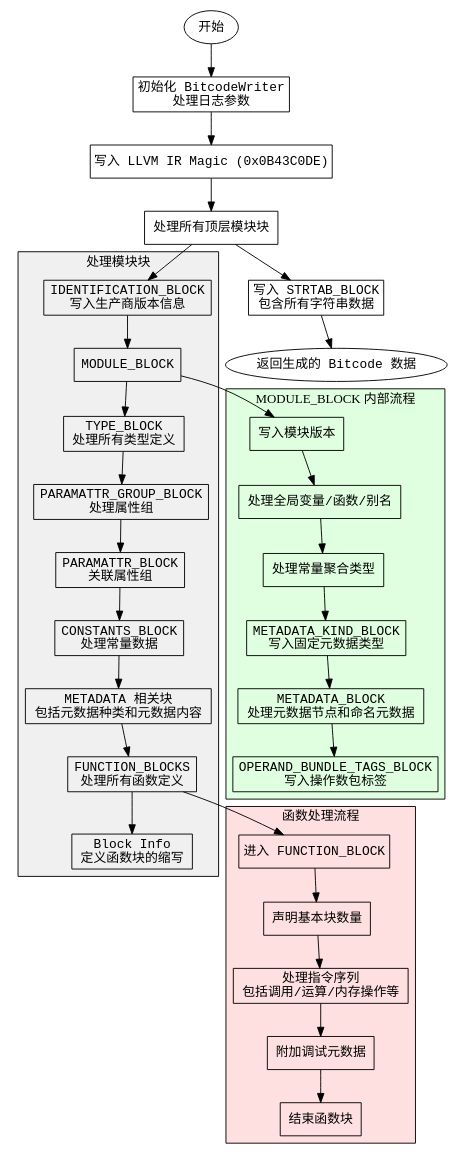
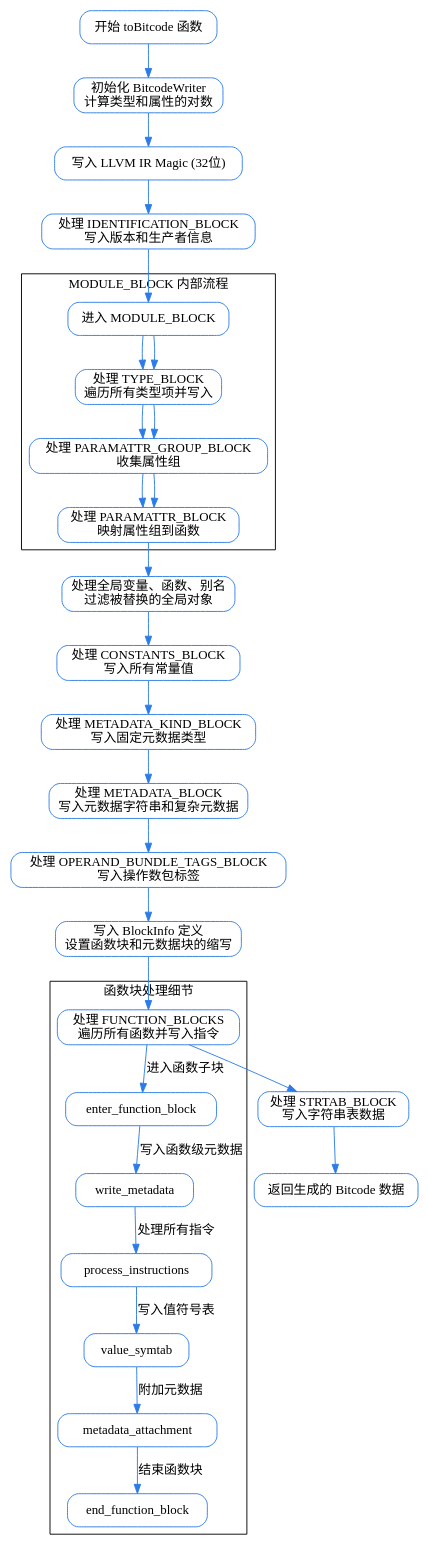
The diagram in dot_std/zig/llvm/Builder.zig.toBitcode.md (sdzx-1/deepseek-zig-reader), drawn with Graphviz before and after one commit. The commit also changed other lines of this file and 236 other files, not shown here.

````diff
--- a/dot_std/zig/llvm/Builder.zig.toBitcode.md
+++ b/dot_std/zig/llvm/Builder.zig.toBitcode.md
@@ -100,72 +13,60 @@
 ```dot
-digraph toBitcodeFlow {
-    rankdir=TB;
-    node [shape=rectangle, fontname="Courier"];
-    edge [fontname="Courier"];
+digraph flowchart {
+    node [shape=rectangle, style="rounded", fillcolor="#E5F5FD", color="#2B7CE9"];
+    edge [color="#2B7CE9"];
 
-    // 总流程
-    start [label="开始", shape=ellipse];
-    init [label="初始化 BitcodeWriter\n处理日志参数"];
-    magic [label="写入 LLVM IR Magic (0x0B43C0DE)"];
-    process_blocks [label="处理所有顶层模块块"];
-    strtab [label="写入 STRTAB_BLOCK\n包含所有字符串数据"];
-    finish [label="返回生成的 Bitcode 数据", shape=ellipse];
+    start [label="开始 toBitcode 函数"];
+    init_bitcode [label="初始化 BitcodeWriter\n计算类型和属性的对数"];
+    write_magic [label="写入 LLVM IR Magic (32位)"];
+    identification_block [label="处理 IDENTIFICATION_BLOCK\n写入版本和生产者信息"];
+    module_block [label="进入 MODULE_BLOCK"];
+    type_block [label="处理 TYPE_BLOCK\n遍历所有类型项并写入"];
+    paramattr_group [label="处理 PARAMATTR_GROUP_BLOCK\n收集属性组"];
+    paramattr [label="处理 PARAMATTR_BLOCK\n映射属性组到函数"];
+    globals_processing [label="处理全局变量、函数、别名\n过滤被替换的全局对象"];
+    constants_block [label="处理 CONSTANTS_BLOCK\n写入所有常量值"];
+    metadata_kind [label="处理 METADATA_KIND_BLOCK\n写入固定元数据类型"];
+    metadata_block [label="处理 METADATA_BLOCK\n写入元数据字符串和复杂元数据"];
+    operand_bundle [label="处理 OPERAND_BUNDLE_TAGS_BLOCK\n写入操作数包标签"];
+    block_info [label="写入 BlockInfo 定义\n设置函数块和元数据块的缩写"];
+    function_blocks [label="处理 FUNCTION_BLOCKS\n遍历所有函数并写入指令"];
+    strtab_block [label="处理 STRTAB_BLOCK\n写入字符串表数据"];
+    return_result [label="返回生成的 Bitcode 数据"];
 
-    start -> init -> magic -> process_blocks -> strtab -> finish;
+    start -> init_bitcode;
+    init_bitcode -> write_magic;
+    write_magic -> identification_block;
+    identification_block -> module_block;
 
-    // 模块块处理子图
-    subgraph cluster_modules {
-        label="处理模块块";
-        bgcolor="#f0f0f0";
-        
-        identification [label="IDENTIFICATION_BLOCK\n写入生产商版本信息"];
-        module_block [label="MODULE_BLOCK"];
-        type_block [label="TYPE_BLOCK\n处理所有类型定义"];
-        paramattr_group [label="PARAMATTR_GROUP_BLOCK\n处理属性组"];
-        paramattr [label="PARAMATTR_BLOCK\n关联属性组"];
-        constants_block [label="CONSTANTS_BLOCK\n处理常量数据"];
-        metadata_blocks [label="METADATA 相关块\n包括元数据种类和元数据内容"];
-        functions [label="FUNCTION_BLOCKS\n处理所有函数定义"];
-        block_info [label="Block Info\n定义函数块的缩写"];
+    module_block -> type_block;
+    type_block -> paramattr_group;
+    paramattr_group -> paramattr;
+    paramattr -> globals_processing;
+    globals_processing -> constants_block;
+    constants_block -> metadata_kind;
+    metadata_kind -> metadata_block;
+    metadata_block -> operand_bundle;
+    operand_bundle -> block_info;
+    block_info -> function_blocks;
+    function_blocks -> strtab_block;
+    strtab_block -> return_result;
 
-        identification -> module_block;
-        module_block -> type_block -> paramattr_group -> paramattr;
-        paramattr -> constants_block -> metadata_blocks -> functions -> block_info;
+    // 子流程展开示例
+    subgraph cluster_module_block {
+        label="MODULE_BLOCK 内部流程";
+        module_block -> type_block;
+        type_block -> paramattr_group;
+        paramattr_group -> paramattr;
     }
 
-    process_blocks -> identification [lhead=cluster_modules];
-
-    // MODULE_BLOCK 展开子图
-    subgraph cluster_module_details {
-        label="MODULE_BLOCK 内部流程";
-        bgcolor="#e0ffe0";
-        
-        write_version [label="写入模块版本"];
-        handle_globals [label="处理全局变量/函数/别名"];
-        handle_constants [label="处理常量聚合类型"];
-        metadata_kind [label="METADATA_KIND_BLOCK\n写入固定元数据类型"];
-        metadata_content [label="METADATA_BLOCK\n处理元数据节点和命名元数据"];
-        operand_bundle [label="OPERAND_BUNDLE_TAGS_BLOCK\n写入操作数包标签"];
-
-        write_version -> handle_globals -> handle_constants -> metadata_kind -> metadata_content -> operand_bundle;
+    subgraph cluster_function_processing {
+        label="函数块处理细节";
+        function_blocks -> enter_function_block [label="进入函数子块"];
+        enter_function_block -> write_metadata [label="写入函数级元数据"];
+        write_metadata -> process_instructions [label="处理所有指令"];
+        process_instructions -> value_symtab [label="写入值符号表"];
+        value_symtab -> metadata_attachment [label="附加元数据"];
+        metadata_attachment -> end_function_block [label="结束函数块"];
     }
-
-    module_block -> write_version [lhead=cluster_module_details];
-
-    // FUNCTION_BLOCKS 展开子图
-    subgraph cluster_functions {
-        label="函数处理流程";
-        bgcolor="#ffe0e0";
-        
-        func_start [label="进入 FUNCTION_BLOCK"];
-        declare_blocks [label="声明基本块数量"];
-        process_instructions [label="处理指令序列\n包括调用/运算/内存操作等"];
-        metadata_attach [label="附加调试元数据"];
-        func_end [label="结束函数块"];
-
-        func_start -> declare_blocks -> process_instructions -> metadata_attach -> func_end;
-    }
-
-    functions -> func_start [lhead=cluster_functions];
 }
 ```
````
